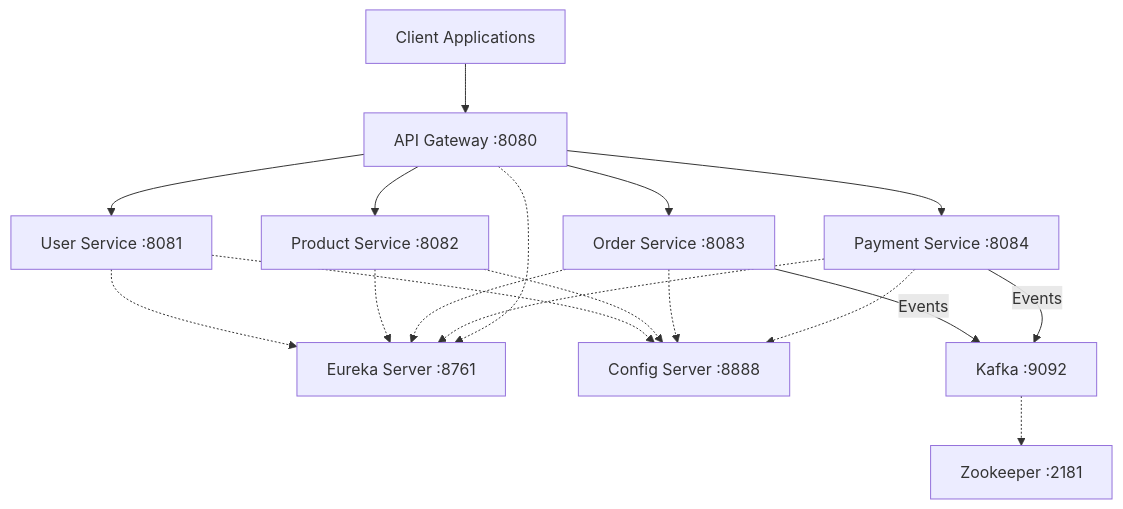
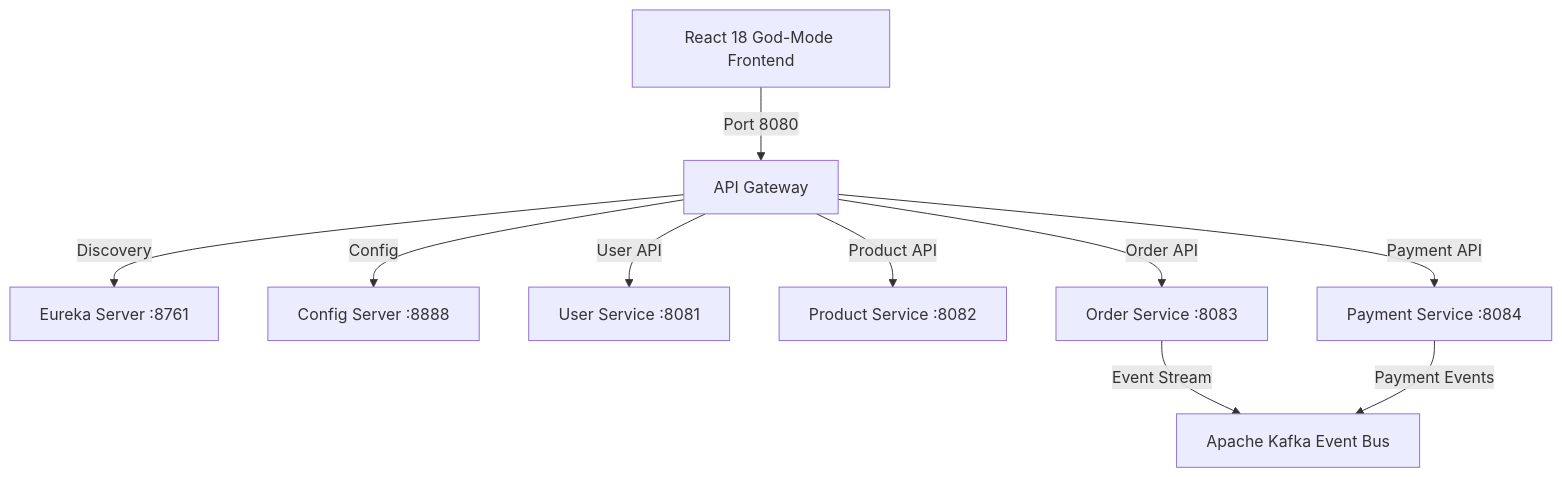
One commit to chaithanya762/flavordash-food-delivery changed the diagram in README.md. Above: the diagram before and after it, drawn with Mermaid. The commit also changed other lines of this file and 6 other files, not shown here.

Commit message:
Added Kitchen Merchant Portal, Rider GPS App, Mermaid Architecture README, and Vercel Config

````diff
--- a/README.md
+++ b/README.md
@@ -7,25 +15,14 @@
 ```mermaid
 graph TD
-    Client[Client Applications] --> AG[API Gateway :8080]
+    Client[React 18 God-Mode Frontend] -->|Port 8080| Gateway[API Gateway]
+    Gateway -->|Discovery| Eureka[Eureka Server :8761]
+    Gateway -->|Config| Config[Config Server :8888]
     
-    AG --> US[User Service :8081]
-    AG --> PS[Product Service :8082]
-    AG --> OS[Order Service :8083]
-    AG --> PayS[Payment Service :8084]
-    
-    US -.-> ES[Eureka Server :8761]
-    PS -.-> ES
-    OS -.-> ES
-    PayS -.-> ES
-    AG -.-> ES
-    
-    US -.-> CS[Config Server :8888]
-    PS -.-> CS
-    OS -.-> CS
-    PayS -.-> CS
-    
-    OS -- Events --> Kafka[Kafka :9092]
-    PayS -- Events --> Kafka
-    
-    Kafka -.-> ZK[Zookeeper :2181]
+    Gateway -->|User API| UserSvc[User Service :8081]
+    Gateway -->|Product API| ProdSvc[Product Service :8082]
+    Gateway -->|Order API| OrderSvc[Order Service :8083]
+    Gateway -->|Payment API| PaySvc[Payment Service :8084]
+
+    OrderSvc -->|Event Stream| Kafka[Apache Kafka Event Bus]
+    PaySvc -->|Payment Events| Kafka
 ```
````
